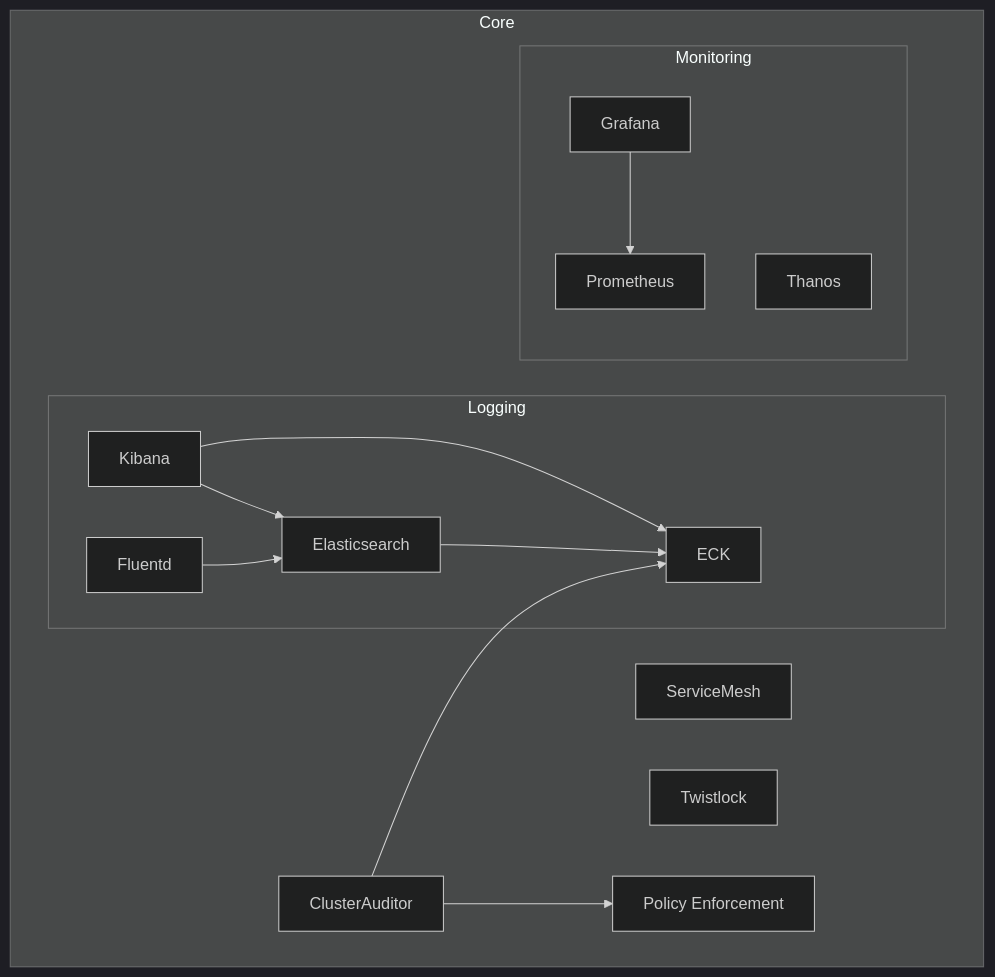
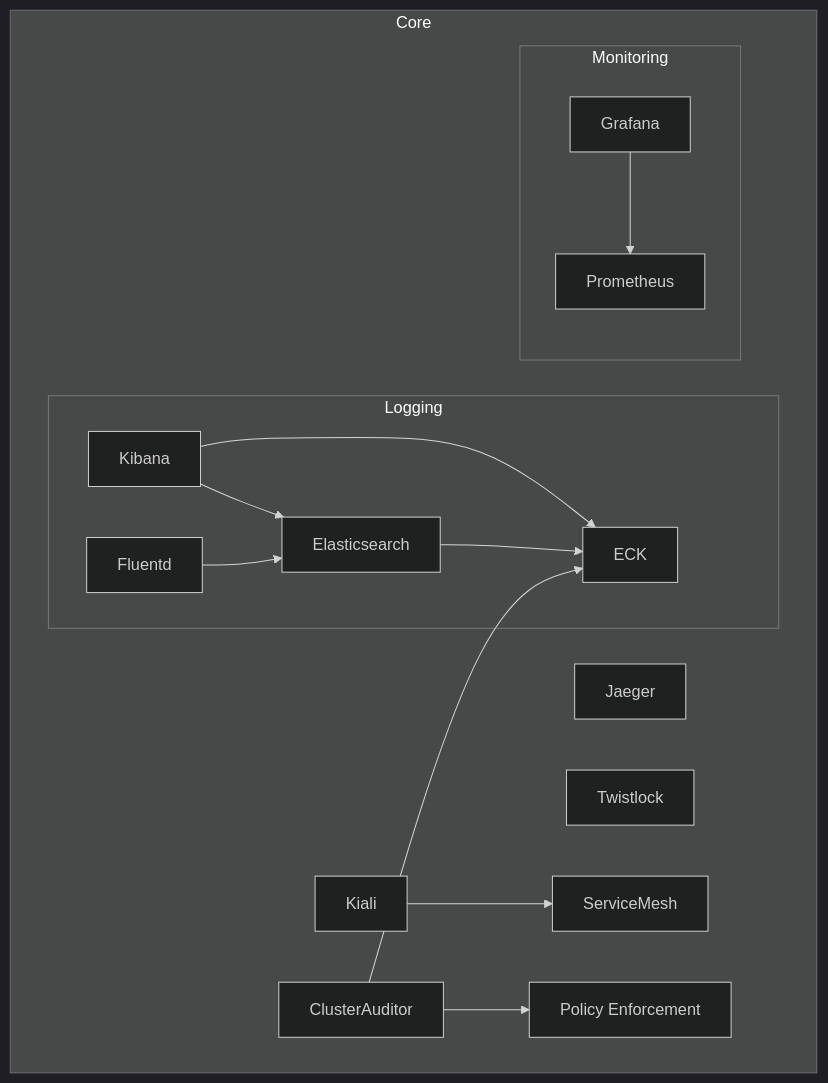
The second of 6 diagrams in charter/BigBangPackages.md (m3ssana/bigbang), drawn with Mermaid (dark theme) before and after one commit. The commit also changed other lines of this file, not shown here.

Commit message:
docs(bigbangpackages): add kiali/jaeger, remove thanos

````diff
--- a/charter/BigBangPackages.md
+++ b/charter/BigBangPackages.md
@@ -63,23 +64,24 @@
 ```mermaid
 graph TB
   subgraph "Core"
   subgraph "Logging"
   LoggingElastic[Elasticsearch]
   LoggingKibana[Kibana]
   LoggingECK[ECK]
   LoggingElastic  --> LoggingECK
   LoggingKibana  --> LoggingECK
   LoggingKibana --> LoggingElastic
   Fluentd --> LoggingElastic
   end
   subgraph "Monitoring"
   Grafana --> Prometheus
-  Thanos
   end
   ServiceMesh
+  Jaeger
+  Kiali --> ServiceMesh
   Twistlock
-  
+
   ClusterAuditor --> LoggingECK
   ClusterAuditor --> OPA[Policy Enforcement]
-  end      
+  end
 ```
````
